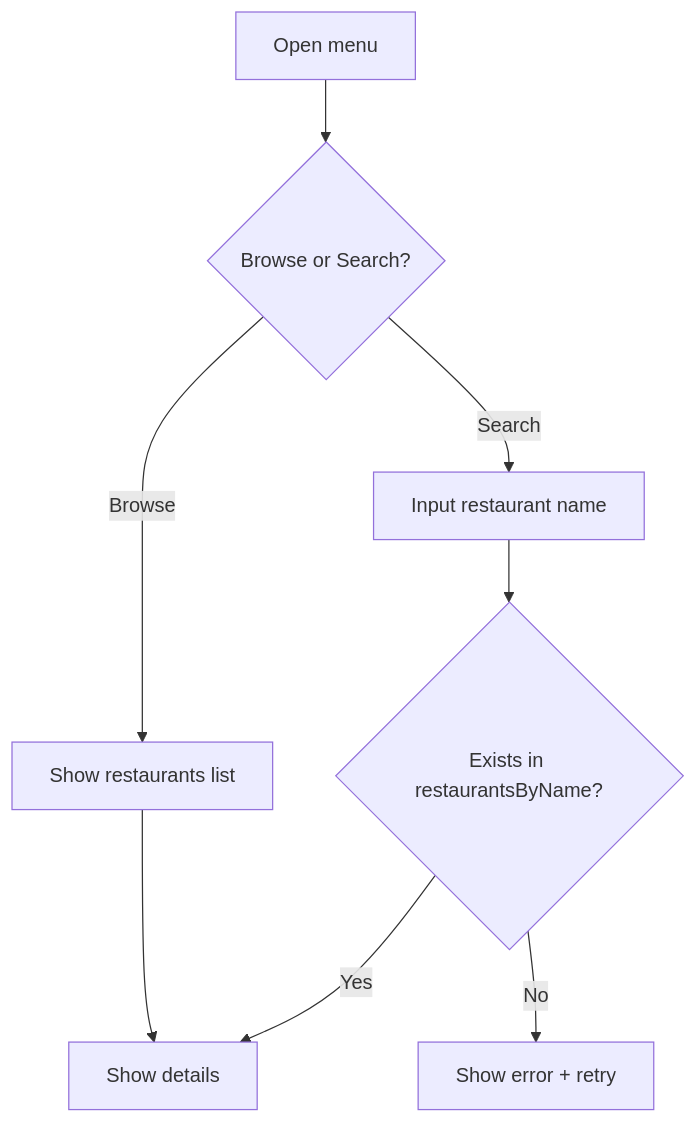
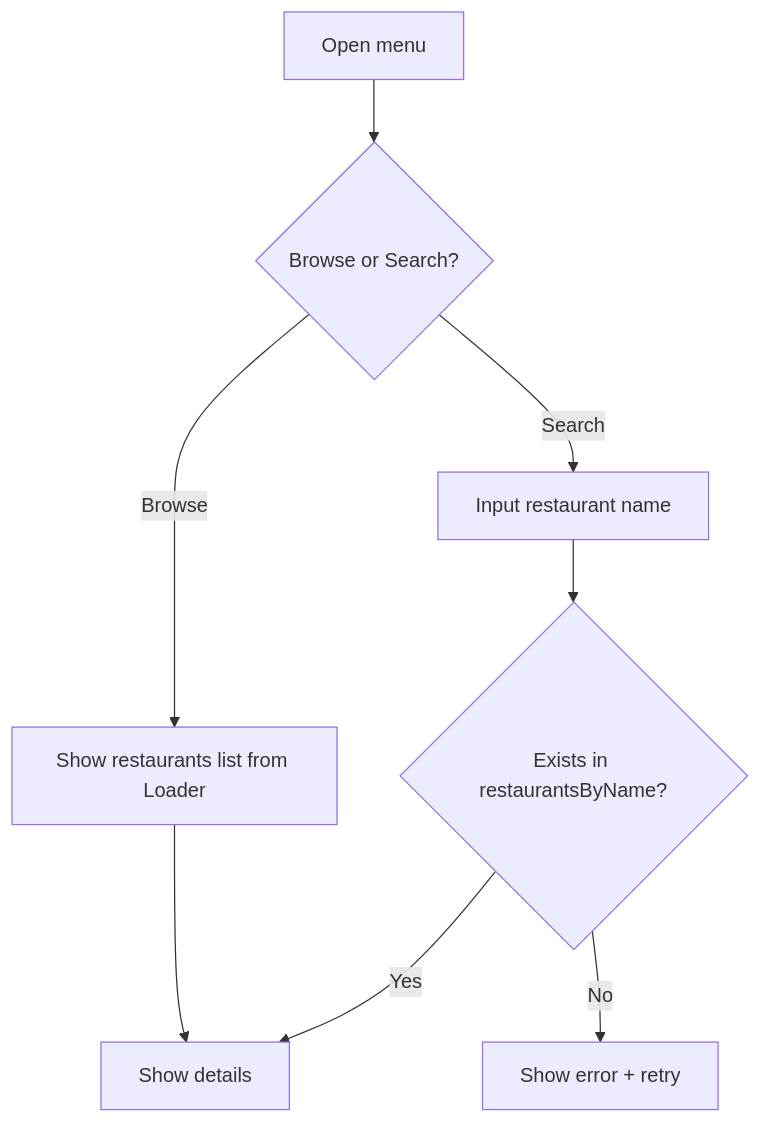
Before and after one commit to lcavagnari/TheKnifeProject_B: the seventh of 10 diagrams in docs/TECHNICAL_DOCUMENTATION.md, drawn with Mermaid. The commit also changed other lines of this file, not shown here.

````diff
--- a/docs/TECHNICAL_DOCUMENTATION.md
+++ b/docs/TECHNICAL_DOCUMENTATION.md
@@ -254,10 +364,10 @@
 ```mermaid
 flowchart TD
     A[Open menu] --> B{Browse or Search?}
-    B -- Browse --> C[Show restaurants list]
+    B -- Browse --> C[Show restaurants list from Loader]
     B -- Search --> D[Input restaurant name]
     D --> E{Exists in restaurantsByName?}
     E -- Yes --> F[Show details]
     E -- No --> G[Show error + retry]
     C --> F
 ```
````
